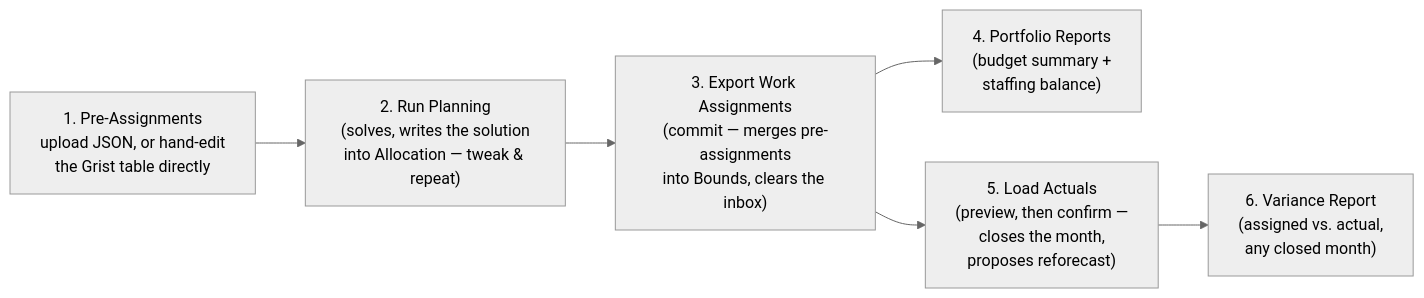
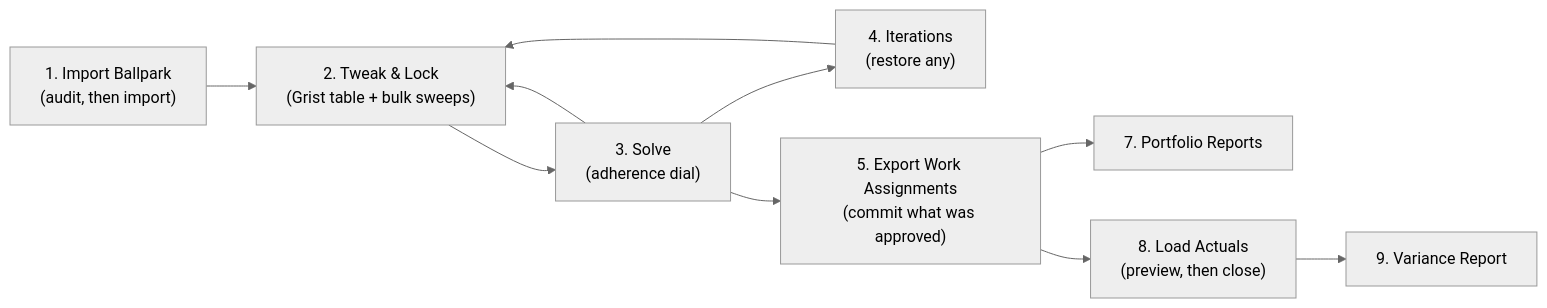
The third of 3 diagrams in docs/08-grist-ui-design.md (hatandspecs/general_assignment_solver), drawn with Mermaid (neutral theme) before and after one commit. The commit also changed other lines of this file and 26 other files, not shown here.

````diff
--- a/docs/08-grist-ui-design.md
+++ b/docs/08-grist-ui-design.md
@@ -107,10 +200,14 @@
 ```mermaid
 flowchart LR
-    PA["1. Pre-Assignments<br/>upload JSON, or hand-edit<br/>the Grist table directly"] --> RP
-    RP["2. Run Planning<br/>(solves, writes the solution<br/>into Allocation — tweak & repeat)"] --> EX
-    EX["3. Export Work Assignments<br/>(commit — merges pre-assignments<br/>into Bounds, clears the inbox)"] --> PR
-    PR["4. Portfolio Reports<br/>(budget summary +<br/>staffing balance)"]
+    IMP["1. Import Ballpark<br/>(audit, then import)"] --> TW
+    TW["2. Tweak & Lock<br/>(Grist table + bulk sweeps)"] --> SV
+    SV["3. Solve<br/>(adherence dial)"] --> TW
+    SV --> HI
+    HI["4. Iterations<br/>(restore any)"] --> TW
+    SV --> EX
+    EX["5. Export Work Assignments<br/>(commit what was approved)"] --> PR
+    PR["7. Portfolio Reports"]
     EX --> LA
-    LA["5. Load Actuals<br/>(preview, then confirm —<br/>closes the month,<br/>proposes reforecast)"] --> VR
-    VR["6. Variance Report<br/>(assigned vs. actual,<br/>any closed month)"]
+    LA["8. Load Actuals<br/>(preview, then close)"] --> VR
+    VR["9. Variance Report"]
 ```
````
